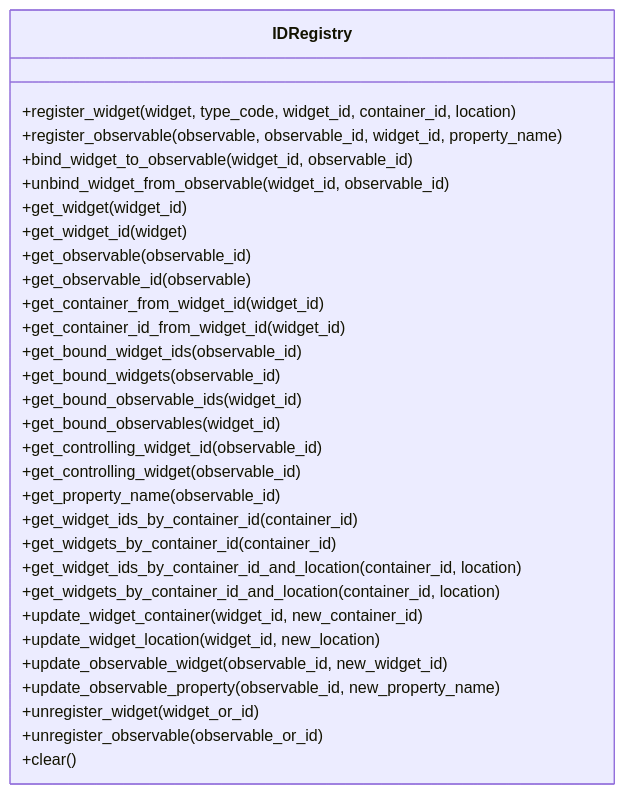
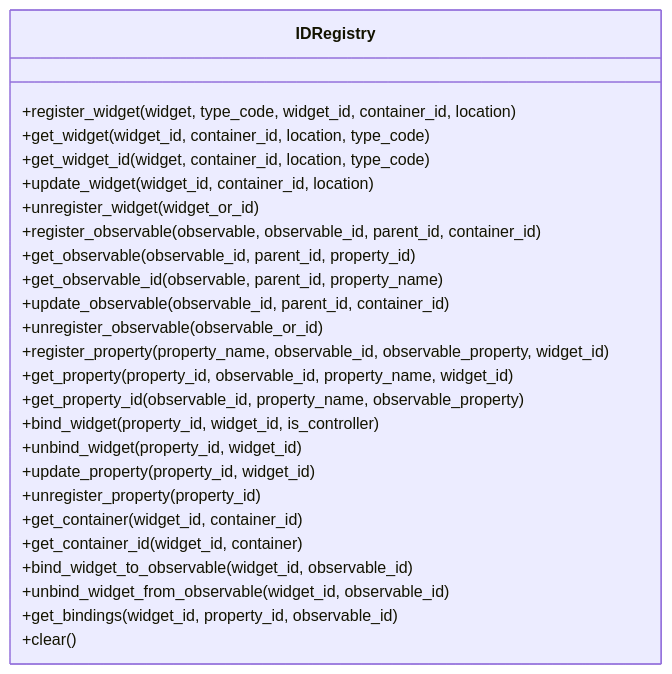
Before and after one commit to maro7tigre/PySignalDecipher: the second of 2 diagrams in command_system/docs/id_system.md, drawn with Mermaid. The commit also changed other lines of this file and 4 other files, not shown here.

````diff
--- a/command_system/docs/id_system.md
+++ b/command_system/docs/id_system.md
@@ -134,33 +172,33 @@
 ```mermaid
 classDiagram
     class IDRegistry {
         +register_widget(widget, type_code, widget_id, container_id, location)
-        +register_observable(observable, observable_id, widget_id, property_name)
+        +get_widget(widget_id, container_id, location, type_code)
+        +get_widget_id(widget, container_id, location, type_code)
+        +update_widget(widget_id, container_id, location)
+        +unregister_widget(widget_or_id)
+        
+        +register_observable(observable, observable_id, parent_id, container_id)
+        +get_observable(observable_id, parent_id, property_id)
+        +get_observable_id(observable, parent_id, property_name)
+        +update_observable(observable_id, parent_id, container_id)
+        +unregister_observable(observable_or_id)
+        
+        +register_property(property_name, observable_id, observable_property, widget_id)
+        +get_property(property_id, observable_id, property_name, widget_id)
+        +get_property_id(observable_id, property_name, observable_property)
+        +bind_widget(property_id, widget_id, is_controller)
+        +unbind_widget(property_id, widget_id)
+        +update_property(property_id, widget_id)
+        +unregister_property(property_id)
+        
+        +get_container(widget_id, container_id)
+        +get_container_id(widget_id, container)
+        
         +bind_widget_to_observable(widget_id, observable_id)
         +unbind_widget_from_observable(widget_id, observable_id)
-        +get_widget(widget_id)
-        +get_widget_id(widget)
-        +get_observable(observable_id)
-        +get_observable_id(observable)
-        +get_container_from_widget_id(widget_id)
-        +get_container_id_from_widget_id(widget_id)
-        +get_bound_widget_ids(observable_id)
-        +get_bound_widgets(observable_id)
-        +get_bound_observable_ids(widget_id)
-        +get_bound_observables(widget_id)
-        +get_controlling_widget_id(observable_id)
-        +get_controlling_widget(observable_id)
-        +get_property_name(observable_id)
-        +get_widget_ids_by_container_id(container_id)
-        +get_widgets_by_container_id(container_id)
-        +get_widget_ids_by_container_id_and_location(container_id, location)
-        +get_widgets_by_container_id_and_location(container_id, location)
-        +update_widget_container(widget_id, new_container_id)
-        +update_widget_location(widget_id, new_location)
-        +update_observable_widget(observable_id, new_widget_id)
-        +update_observable_property(observable_id, new_property_name)
-        +unregister_widget(widget_or_id)
-        +unregister_observable(observable_or_id)
+        +get_bindings(widget_id, property_id, observable_id)
+        
         +clear()
     }
 ```
````
